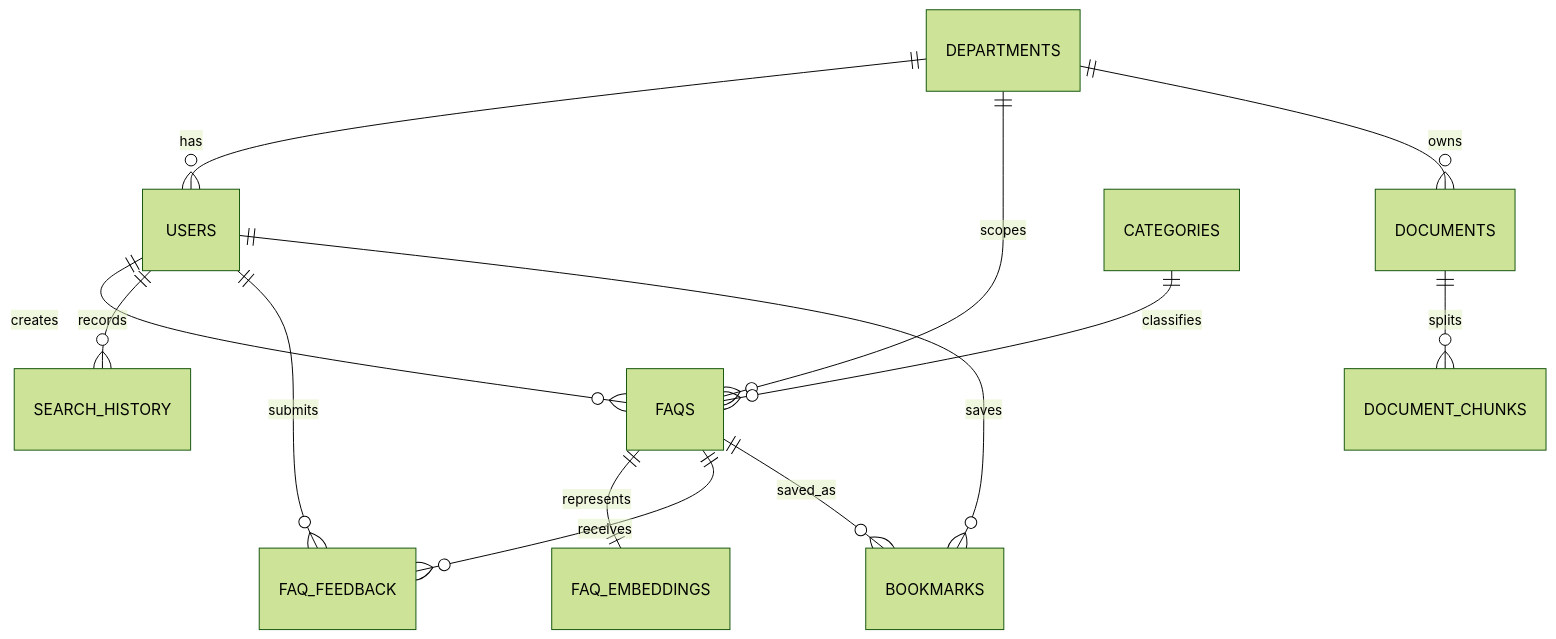
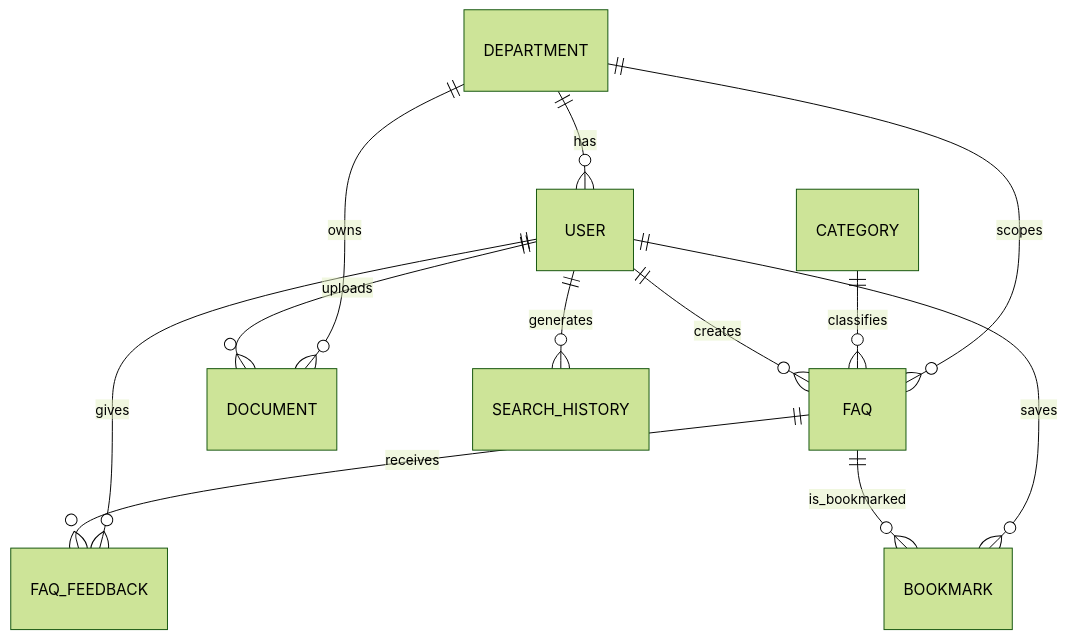
One commit to NanditaPatil-dotcom/dbms-project changed the diagram in README.md. Above: the diagram before and after it, drawn with Mermaid (forest theme). The commit also changed other lines of this file and 28 other files, not shown here.

````diff
--- a/README.md
+++ b/README.md
@@ -55,15 +53,14 @@
 ```mermaid
 erDiagram
-  DEPARTMENTS ||--o{ USERS : has
-  DEPARTMENTS ||--o{ FAQS : scopes
-  DEPARTMENTS ||--o{ DOCUMENTS : owns
-  CATEGORIES ||--o{ FAQS : classifies
-  USERS ||--o{ FAQS : creates
-  USERS ||--o{ SEARCH_HISTORY : records
-  USERS ||--o{ FAQ_FEEDBACK : submits
-  USERS ||--o{ BOOKMARKS : saves
-  FAQS ||--|| FAQ_EMBEDDINGS : represents
-  FAQS ||--o{ FAQ_FEEDBACK : receives
-  FAQS ||--o{ BOOKMARKS : saved_as
-  DOCUMENTS ||--o{ DOCUMENT_CHUNKS : splits
+  DEPARTMENT ||--o{ USER : has
+  DEPARTMENT ||--o{ FAQ : scopes
+  DEPARTMENT ||--o{ DOCUMENT : owns
+  CATEGORY ||--o{ FAQ : classifies
+  USER ||--o{ FAQ : creates
+  USER ||--o{ DOCUMENT : uploads
+  USER ||--o{ SEARCH_HISTORY : generates
+  USER ||--o{ FAQ_FEEDBACK : gives
+  USER ||--o{ BOOKMARK : saves
+  FAQ ||--o{ FAQ_FEEDBACK : receives
+  FAQ ||--o{ BOOKMARK : is_bookmarked
 ```
````
